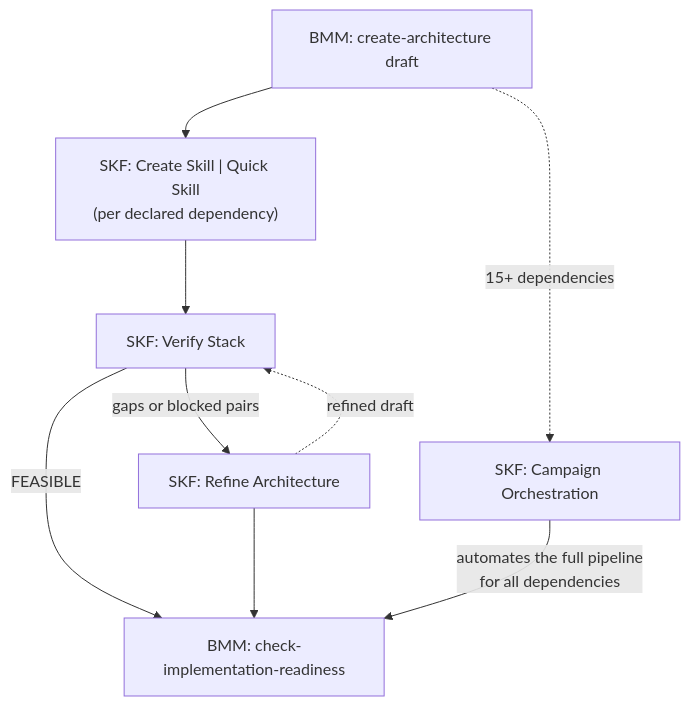
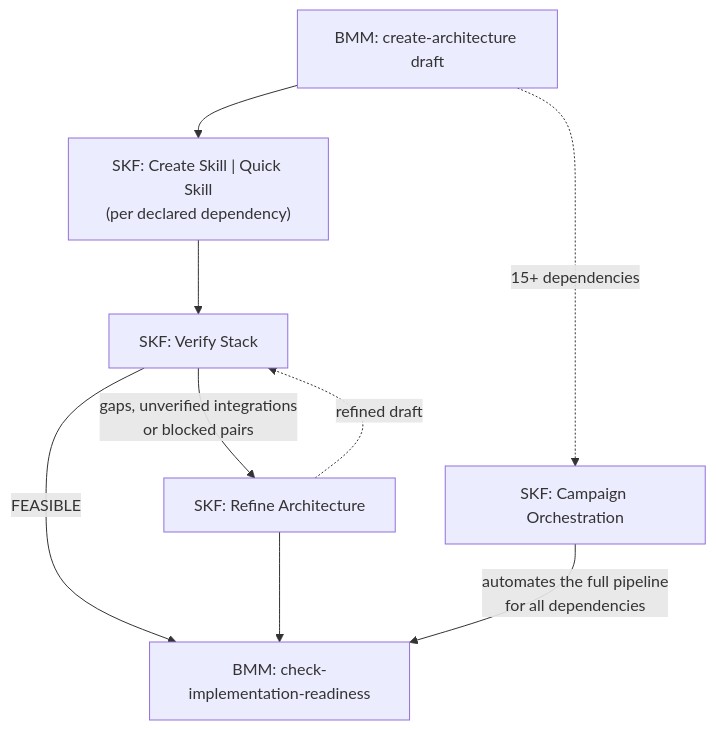
Before and after one commit to armelhbobdad/bmad-module-skill-forge: the second of 3 diagrams in docs/bmad-synergy.md, drawn with Mermaid. The commit also changed other lines of this file and 8 other files, not shown here.

````diff
--- a/docs/bmad-synergy.md
+++ b/docs/bmad-synergy.md
@@ -113,12 +113,12 @@
 ```mermaid
 flowchart TD
     ARCH[BMM: create-architecture draft] --> GEN["SKF: Create Skill | Quick Skill<br/>(per declared dependency)"]
     GEN --> VS[SKF: Verify Stack]
     VS -->|FEASIBLE| READY[BMM: check-implementation-readiness]
-    VS -->|gaps or blocked pairs| RA[SKF: Refine Architecture]
+    VS -->|"gaps, unverified integrations<br/>or blocked pairs"| RA[SKF: Refine Architecture]
     RA -.->|refined draft| VS
     RA --> READY
 
     ARCH -.->|15+ dependencies| CAMPAIGN[SKF: Campaign Orchestration]
     CAMPAIGN -->|"automates the full pipeline<br/>for all dependencies"| READY
 ```
````
